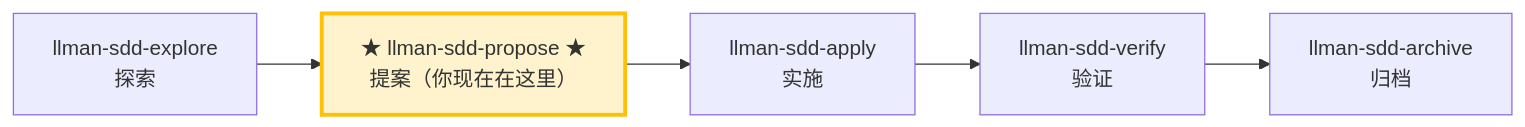
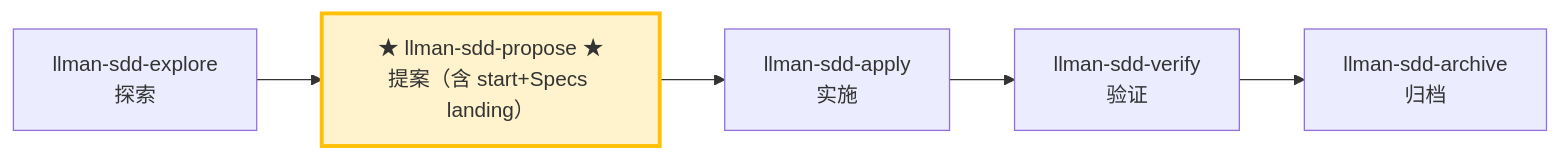
Before and after one commit to StrayDragon/llman: the diagram in templates/sdd/zh-Hans/skills/llman-sdd-propose.md, drawn with Mermaid. The commit also changed other lines of this file and 24 other files, not shown here.

First line of the commit message:
doc(sdd): hygiene skill templates — drop repo req tags, add git-native mermaid

````diff
--- a/templates/sdd/zh-Hans/skills/llman-sdd-propose.md
+++ b/templates/sdd/zh-Hans/skills/llman-sdd-propose.md
@@ -17,10 +17,10 @@
 ```mermaid
 flowchart LR
     explore["llman-sdd-explore<br/>探索"] --> propose
-    propose["★ llman-sdd-propose ★<br/>提案（你现在在这里）"]
+    propose["★ llman-sdd-propose ★<br/>提案（含 start+Specs landing）"]
     propose --> apply["llman-sdd-apply<br/>实施"]
     apply --> verify["llman-sdd-verify<br/>验证"]
     verify --> archive["llman-sdd-archive<br/>归档"]
 
     style propose fill:#fff3cd,stroke:#ffc107,stroke-width:3px
 ```
````
